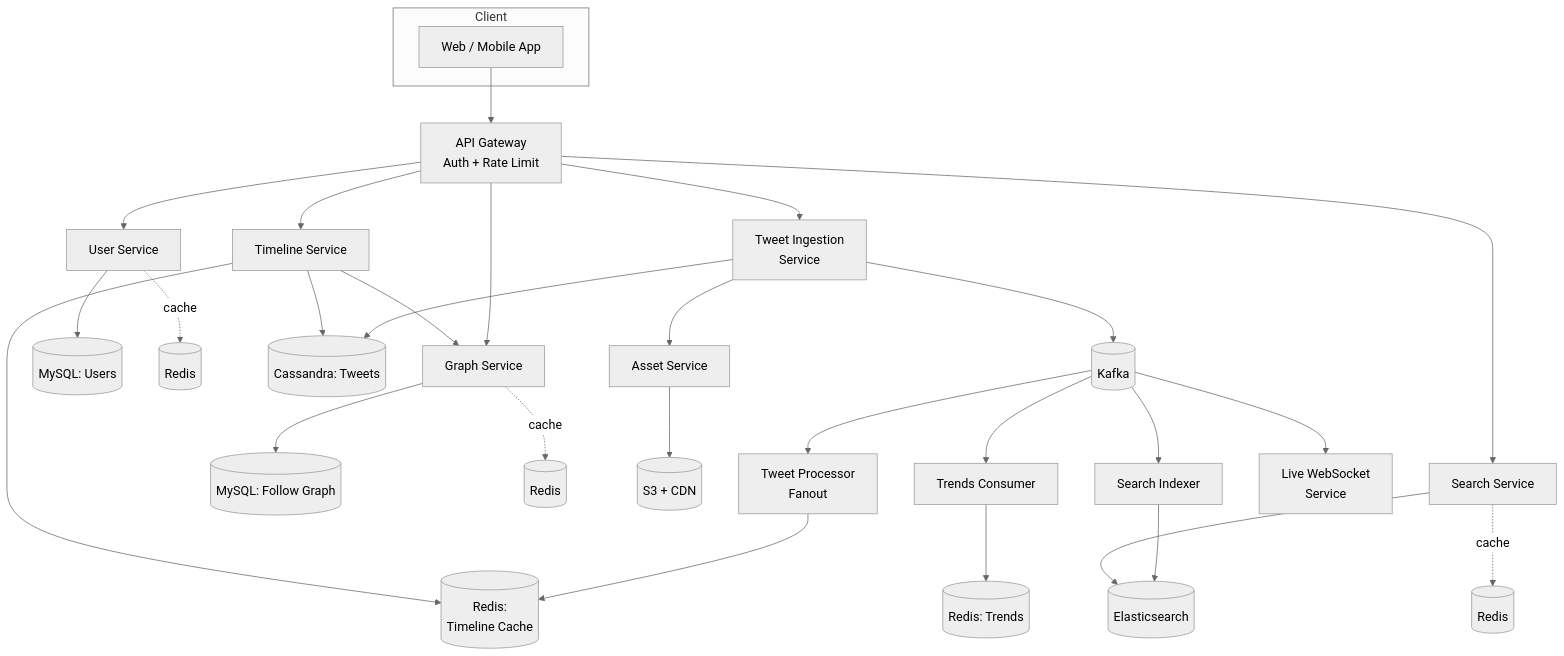
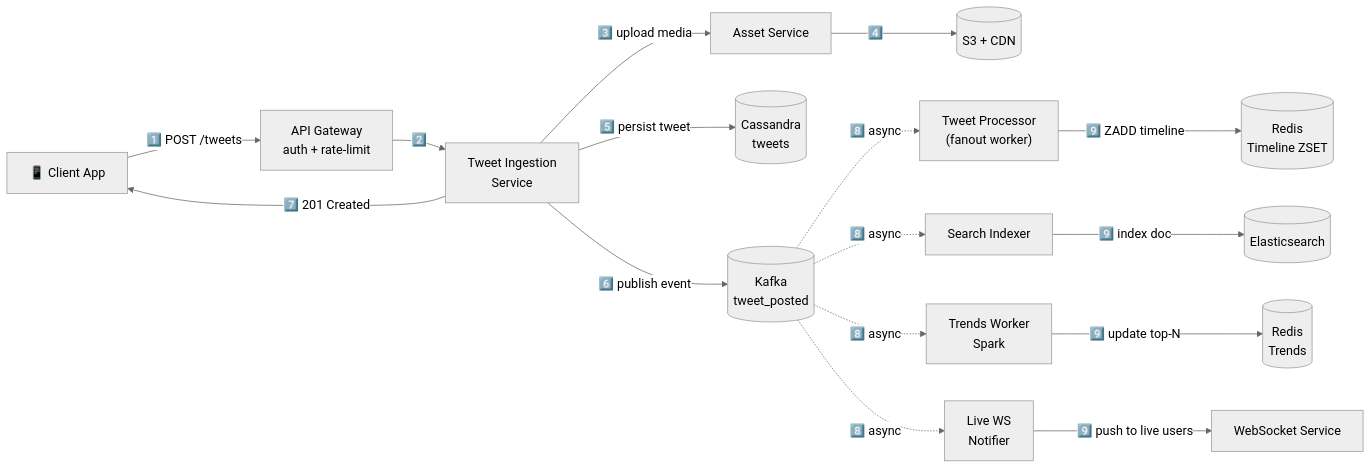
The second of 11 diagrams in hld/twitter.md (vipi-n/swe-101), drawn with Mermaid before and after one commit. The commit also changed other lines of this file, not shown here.

````diff
--- a/hld/twitter.md
+++ b/hld/twitter.md
@@ -163,42 +167,37 @@
 ```mermaid
 %%{init: {'theme': 'neutral', 'themeVariables': {'fontSize': '17px'}}}%%
-flowchart TB
-    subgraph Client
-        APP[Web / Mobile App]
-    end
+flowchart LR
+    APP["📱 Client App"]
+    GW["API Gateway<br/>auth + rate-limit"]
+    TIS["Tweet Ingestion<br/>Service"]
+    AS["Asset Service"]
+    S3[("S3 + CDN")]
+    CS[("Cassandra<br/>tweets")]
+    K[("Kafka<br/>tweet_posted")]
+    TP["Tweet Processor<br/>(fanout worker)"]
+    SI["Search Indexer"]
+    TC["Trends Worker<br/>Spark"]
+    WSN["Live WS<br/>Notifier"]
+    TLR[("Redis<br/>Timeline ZSET")]
+    ES[("Elasticsearch")]
+    TRR[("Redis<br/>Trends")]
+    WS["WebSocket Service"]
 
-    APP --> GW[API Gateway<br/>Auth + Rate Limit]
+    APP -->|"1️⃣ POST /tweets"| GW
+    GW -->|"2️⃣"| TIS
+    TIS -->|"3️⃣ upload media"| AS
+    AS -->|"4️⃣"| S3
+    TIS -->|"5️⃣ persist tweet"| CS
+    TIS -->|"6️⃣ publish event"| K
+    TIS -->|"7️⃣ 201 Created"| APP
 
-    GW --> US[User Service]
-    GW --> GS[Graph Service]
-    GW --> TIS[Tweet Ingestion<br/>Service]
-    GW --> TS[Timeline Service]
-    GW --> SS[Search Service]
+    K -.->|"8️⃣ async"| TP
+    K -.->|"8️⃣ async"| SI
+    K -.->|"8️⃣ async"| TC
+    K -.->|"8️⃣ async"| WSN
 
-    US --> UDB[(MySQL: Users)]
-    US -.cache.-> UR[(Redis)]
-
-    GS --> GDB[(MySQL: Follow Graph)]
-    GS -.cache.-> GR[(Redis)]
-
-    TIS --> TDB[(Cassandra: Tweets)]
-    TIS --> AS[Asset Service]
-    AS --> S3[(S3 + CDN)]
-    TIS --> K[(Kafka)]
-
-    K --> TP[Tweet Processor<br/>Fanout]
-    K --> SI[Search Indexer]
-    K --> TC[Trends Consumer]
-    K --> WS[Live WebSocket<br/>Service]
-
-    TP --> TLR[(Redis:<br/>Timeline Cache)]
-    SI --> ES[(Elasticsearch)]
-    TC --> TRR[(Redis: Trends)]
-
-    TS --> TLR
-    TS --> TDB
-    TS --> GS
-
-    SS --> ES
-    SS -.cache.-> SR[(Redis)]
+    TP -->|"9️⃣ ZADD timeline"| TLR
+    SI -->|"9️⃣ index doc"| ES
+    TC -->|"9️⃣ update top-N"| TRR
+    WSN -->|"9️⃣ push to live users"| WS
 ```
````
